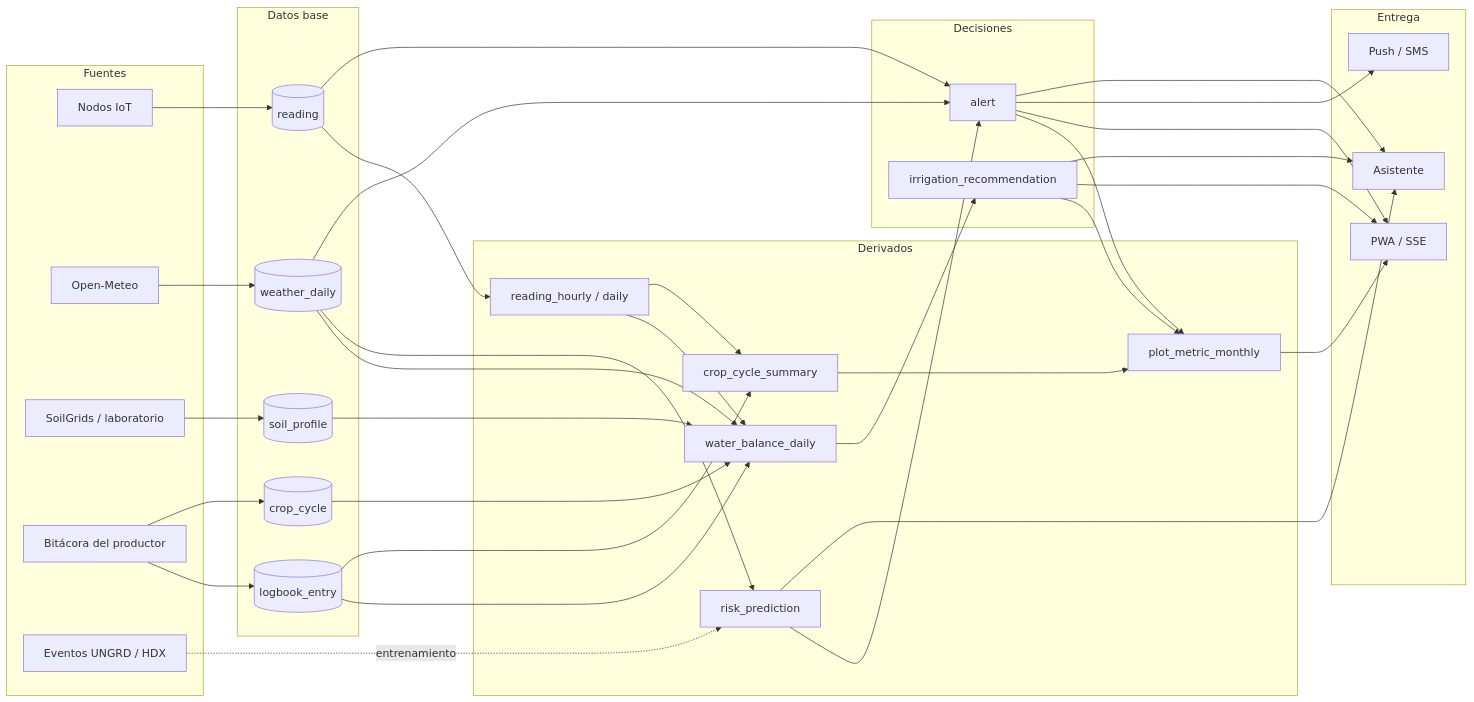
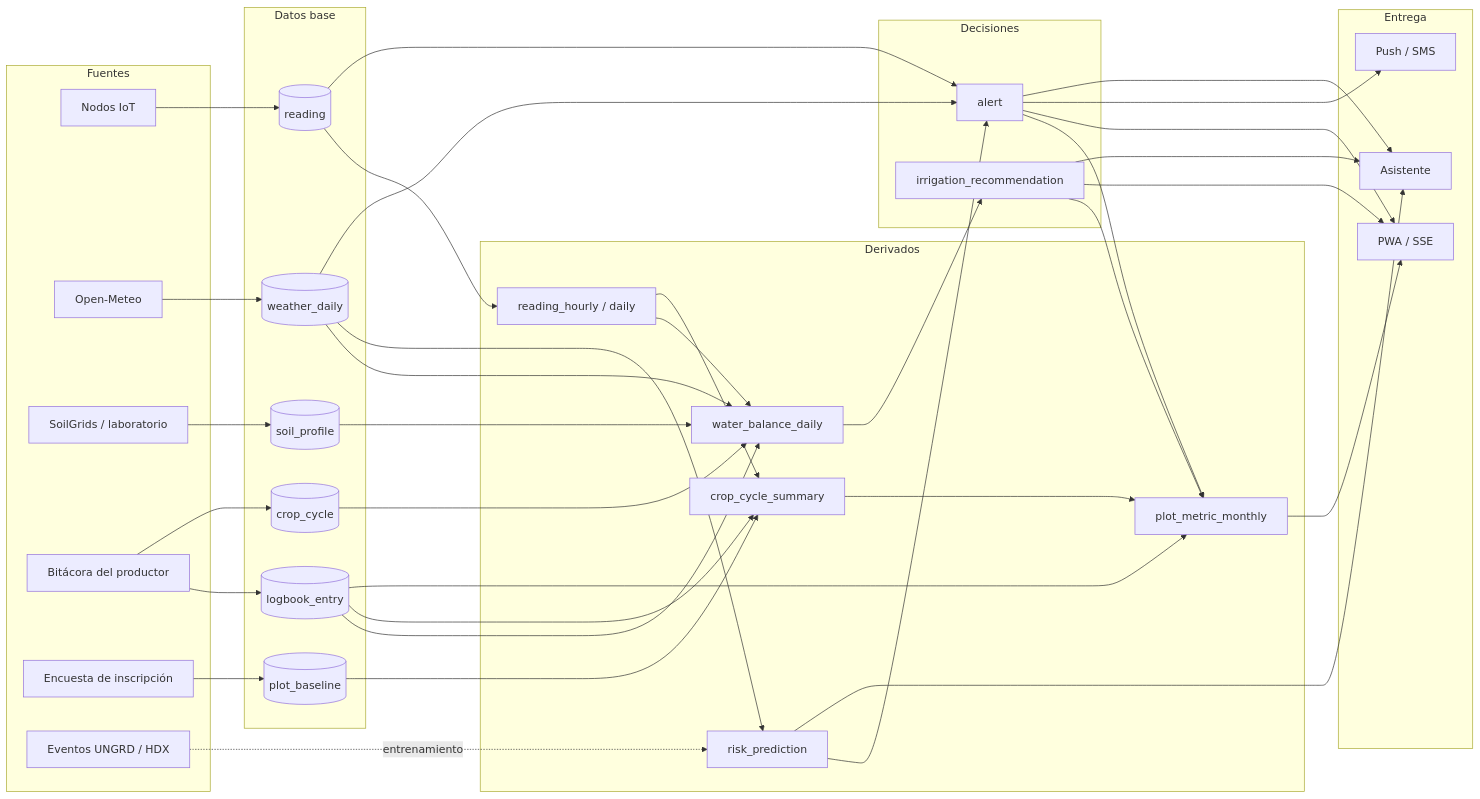
Before and after one commit to jab16jy/techcamp-v2: the second of 3 diagrams in docs/10-dag.md, drawn with Mermaid. The commit also changed other lines of this file and 10 other files, not shown here.

````diff
--- a/docs/10-dag.md
+++ b/docs/10-dag.md
@@ -84,62 +84,67 @@
 ```mermaid
 flowchart LR
   subgraph fuentes [Fuentes]
     s1[Nodos IoT]
     s2[Open-Meteo]
     s3[SoilGrids / laboratorio]
     s4[Bitácora del productor]
+    s6[Encuesta de inscripción]
     s5[Eventos UNGRD / HDX]
   end
   subgraph almacenados [Datos base]
     r[(reading)]
     w[(weather_daily)]
     sp[(soil_profile)]
     lb[(logbook_entry)]
     cc[(crop_cycle)]
+    pb[(plot_baseline)]
   end
   subgraph derivados [Derivados]
     rh[reading_hourly / daily]
     wb[water_balance_daily]
     rp[risk_prediction]
     cs[crop_cycle_summary]
     pm[plot_metric_monthly]
   end
   subgraph decisiones [Decisiones]
     ir[irrigation_recommendation]
     al[alert]
   end
   subgraph entrega [Entrega]
     ui[PWA / SSE]
     nt[Push / SMS]
     as[Asistente]
   end
 
   s1 --> r --> rh
   s2 --> w
   s3 --> sp
   s4 --> lb
   s4 --> cc
+  s6 --> pb
   rh --> wb
   w --> wb
   sp --> wb
   cc --> wb
   lb --> wb
   w --> rp
   s5 -. entrenamiento .-> rp
   wb --> ir
   r --> al
   w --> al
   rp --> al
   lb --> cs
+  pb --> cs
+  lb --> pm
   rh --> cs
   cs --> pm
   al --> pm
   ir --> pm
   ir --> ui
   al --> ui
   al --> nt
   pm --> ui
   ir --> as
   al --> as
   rp --> as
 ```
````
